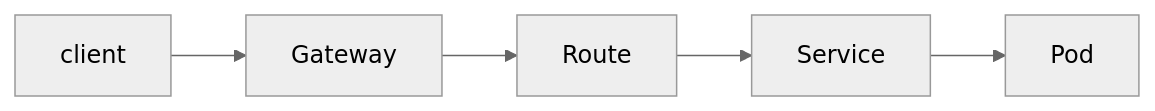
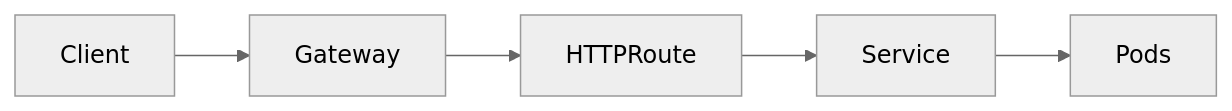
Before and after one commit to Braundo/kubernetes-guide: the diagram in docs/networking/gateway-api.md, drawn with Mermaid (neutral theme). The commit also changed other lines of this file and 31 other files, not shown here.

````diff
--- a/docs/networking/gateway-api.md
+++ b/docs/networking/gateway-api.md
@@ -70,4 +21,7 @@
 ```mermaid
 flowchart LR
-client --> Gateway --> Route --> Service --> Pod
+  Client --> Gateway
+  Gateway --> HTTPRoute
+  HTTPRoute --> Service
+  Service --> Pods
 ```
````
